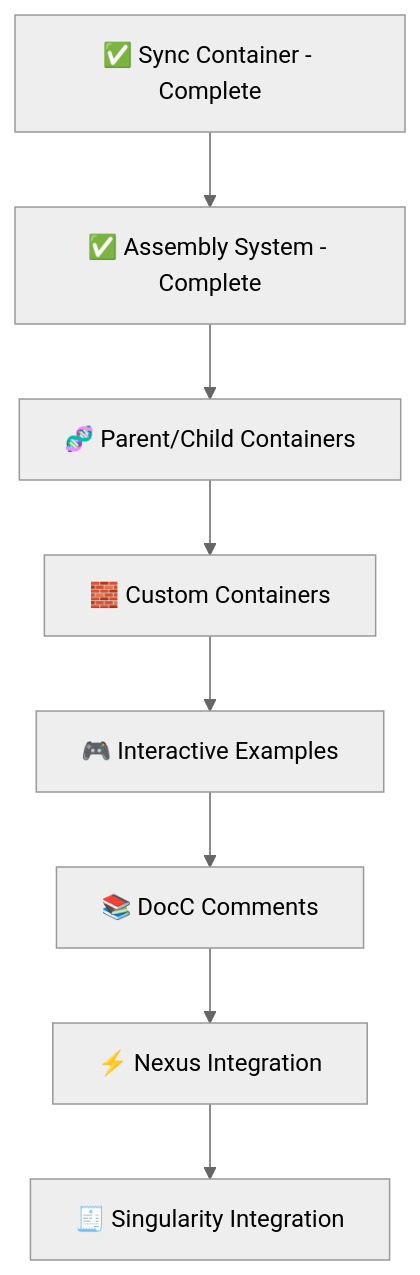
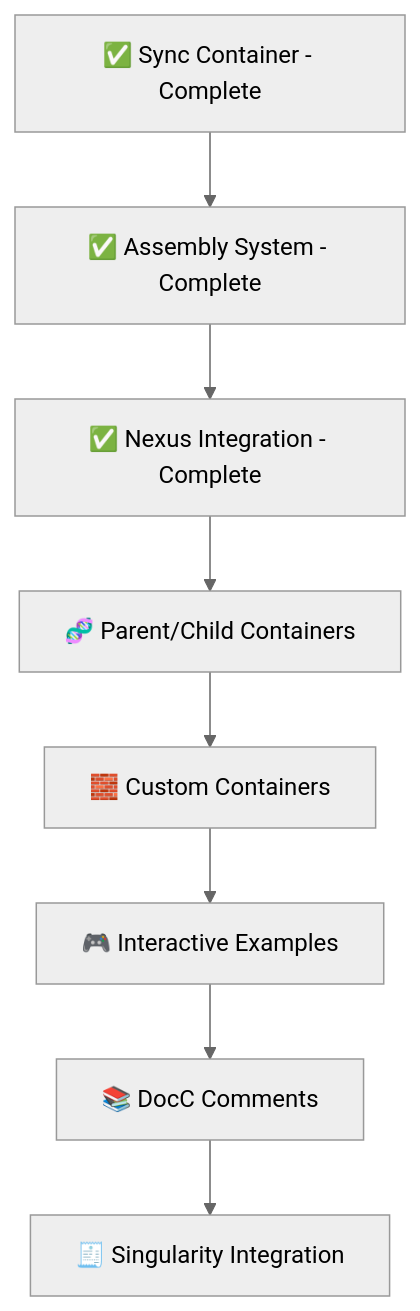
Before and after one commit to astro-bytes/Astroject: the diagram in README.md, drawn with Mermaid (neutral theme). The commit also changed other lines of this file and 7 other files, not shown here.

First line of the commit message:
docs(nexus): README section, DocC landing page and roadmap

````diff
--- a/README.md
+++ b/README.md
@@ -1156,13 +1281,13 @@
 ```mermaid
 graph TD
     A[✅ Sync Container - Complete]
     B[✅ Assembly System - Complete]
+    G[✅ Nexus Integration - Complete]
     C[🧬 Parent/Child Containers]
     D[🧱 Custom Containers]
     E[🎮 Interactive Examples]
     F[📚 DocC Comments]
-    G[⚡ Nexus Integration]
     H[🧾 Singularity Integration]
 
-    A --> B --> C --> D --> E --> F --> G --> H
+    A --> B --> G --> C --> D --> E --> F --> H
 ```
````
